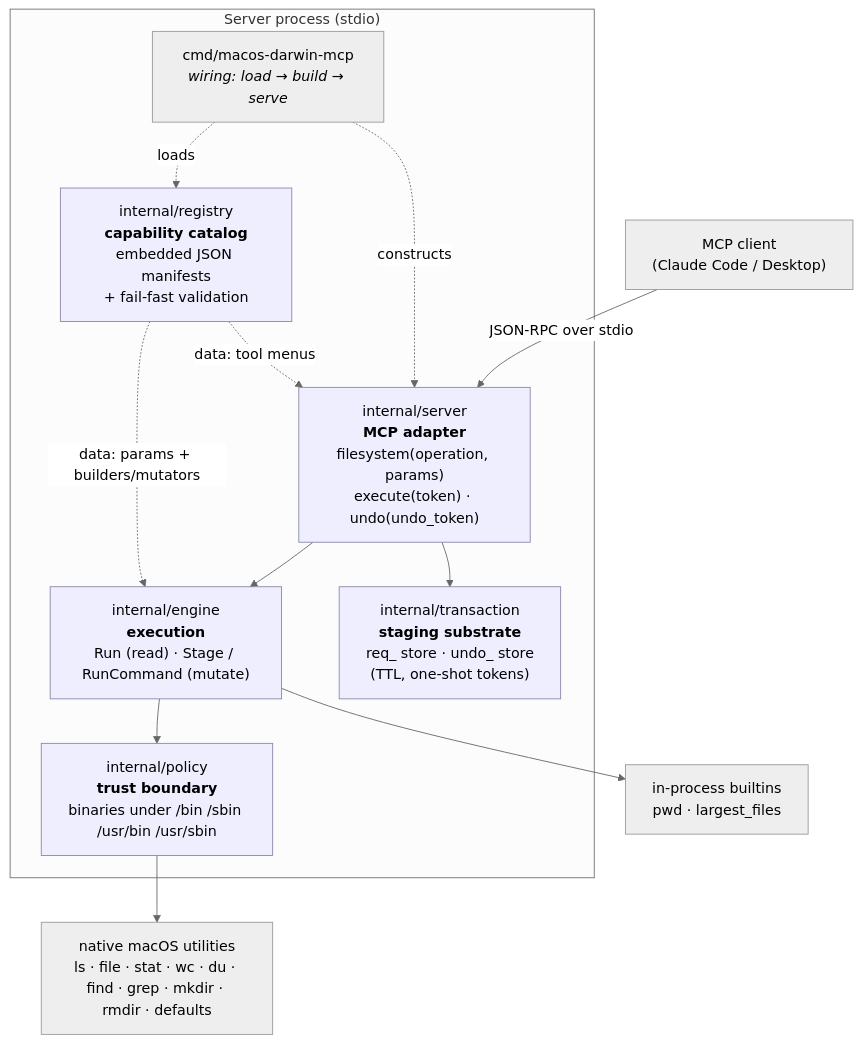
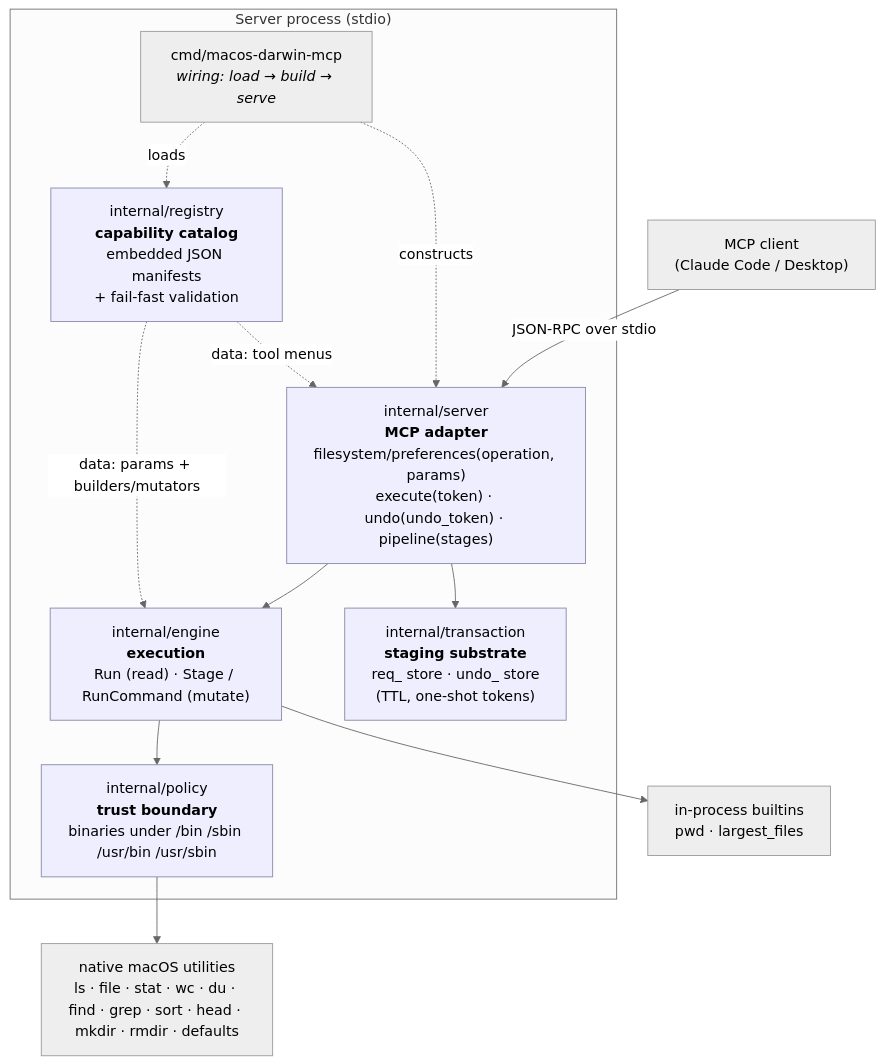
One commit to kinnoo-project/mcp-server-mac-os changed the first of 3 diagrams in README.md. Above: the diagram before and after it, drawn with Mermaid (neutral theme). The commit also changed other lines of this file and 15 other files, not shown here.

First line of the commit message:
Add read-only pipeline tool: compose capabilities, server-side, no shell

````diff
--- a/README.md
+++ b/README.md
@@ -47,30 +47,30 @@
 ```mermaid
 flowchart TD
     Client["MCP client<br/>(Claude Code / Desktop)"]
 
     subgraph proc["Server process (stdio)"]
         Main["cmd/macos-darwin-mcp<br/><i>wiring: load → build → serve</i>"]
-        ServerPkg["internal/server<br/><b>MCP adapter</b><br/>filesystem(operation, params)<br/>execute(token) · undo(undo_token)"]
+        ServerPkg["internal/server<br/><b>MCP adapter</b><br/>filesystem/preferences(operation, params)<br/>execute(token) · undo(undo_token) · pipeline(stages)"]
         Engine["internal/engine<br/><b>execution</b><br/>Run (read) · Stage / RunCommand (mutate)"]
         Policy["internal/policy<br/><b>trust boundary</b><br/>binaries under /bin /sbin /usr/bin /usr/sbin"]
         Registry["internal/registry<br/><b>capability catalog</b><br/>embedded JSON manifests<br/>+ fail-fast validation"]
         Txn["internal/transaction<br/><b>staging substrate</b><br/>req_ store · undo_ store<br/>(TTL, one-shot tokens)"]
     end
 
-    Native["native macOS utilities<br/>ls · file · stat · wc · du · find · grep · mkdir · rmdir · defaults"]
+    Native["native macOS utilities<br/>ls · file · stat · wc · du · find · grep · sort · head · mkdir · rmdir · defaults"]
     Builtin["in-process builtins<br/>pwd · largest_files"]
 
     Client -- "JSON-RPC over stdio" --> ServerPkg
     Main -. loads .-> Registry
     Main -. constructs .-> ServerPkg
     ServerPkg --> Engine
     ServerPkg --> Txn
     Engine --> Policy
     Policy --> Native
     Engine --> Builtin
     Registry -. "data: tool menus" .-> ServerPkg
     Registry -. "data: params + builders/mutators" .-> Engine
 
     classDef layer fill:#eef,stroke:#88a,color:#000;
     class ServerPkg,Engine,Policy,Registry,Txn layer;
 ```
````
